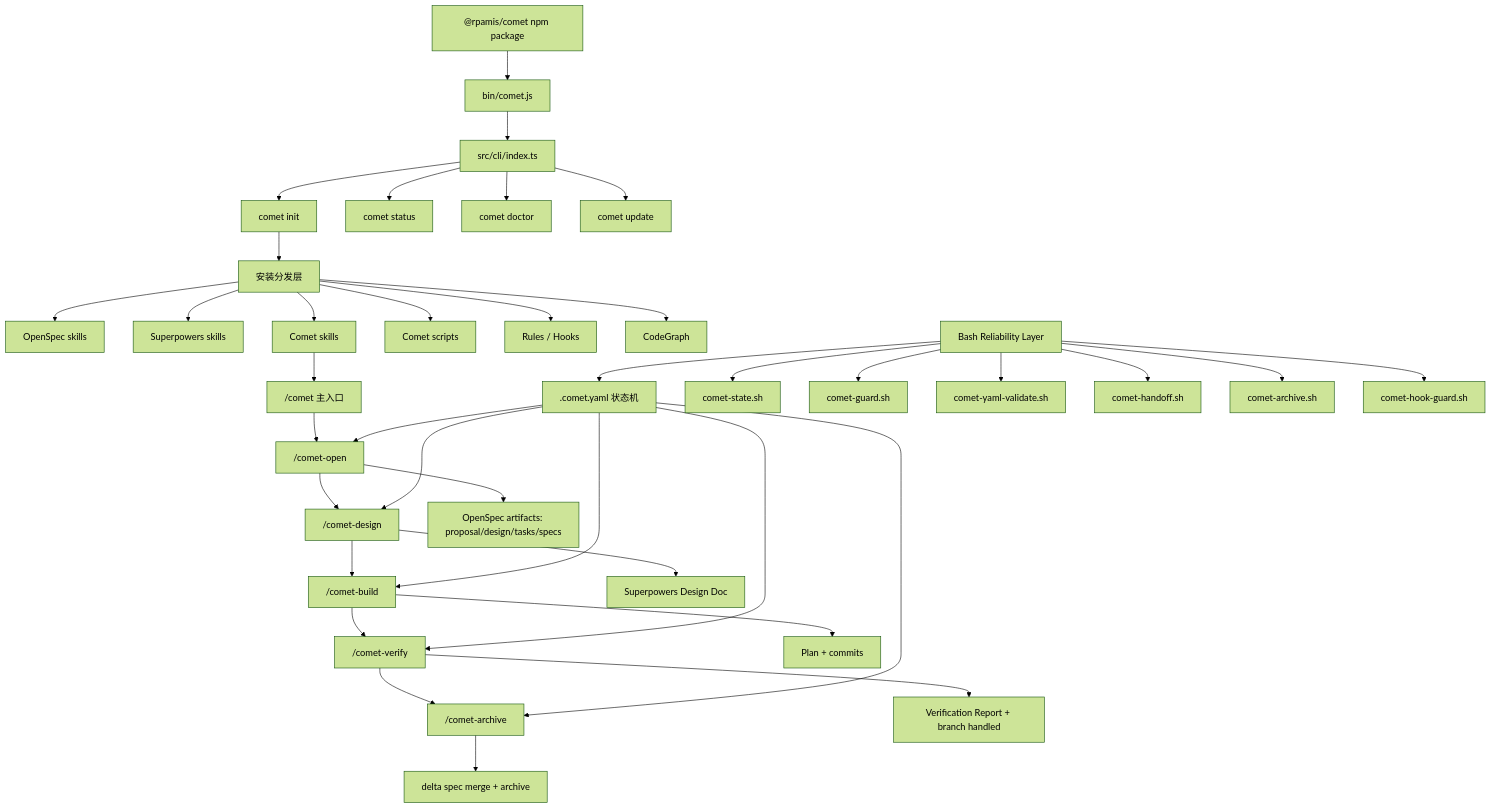
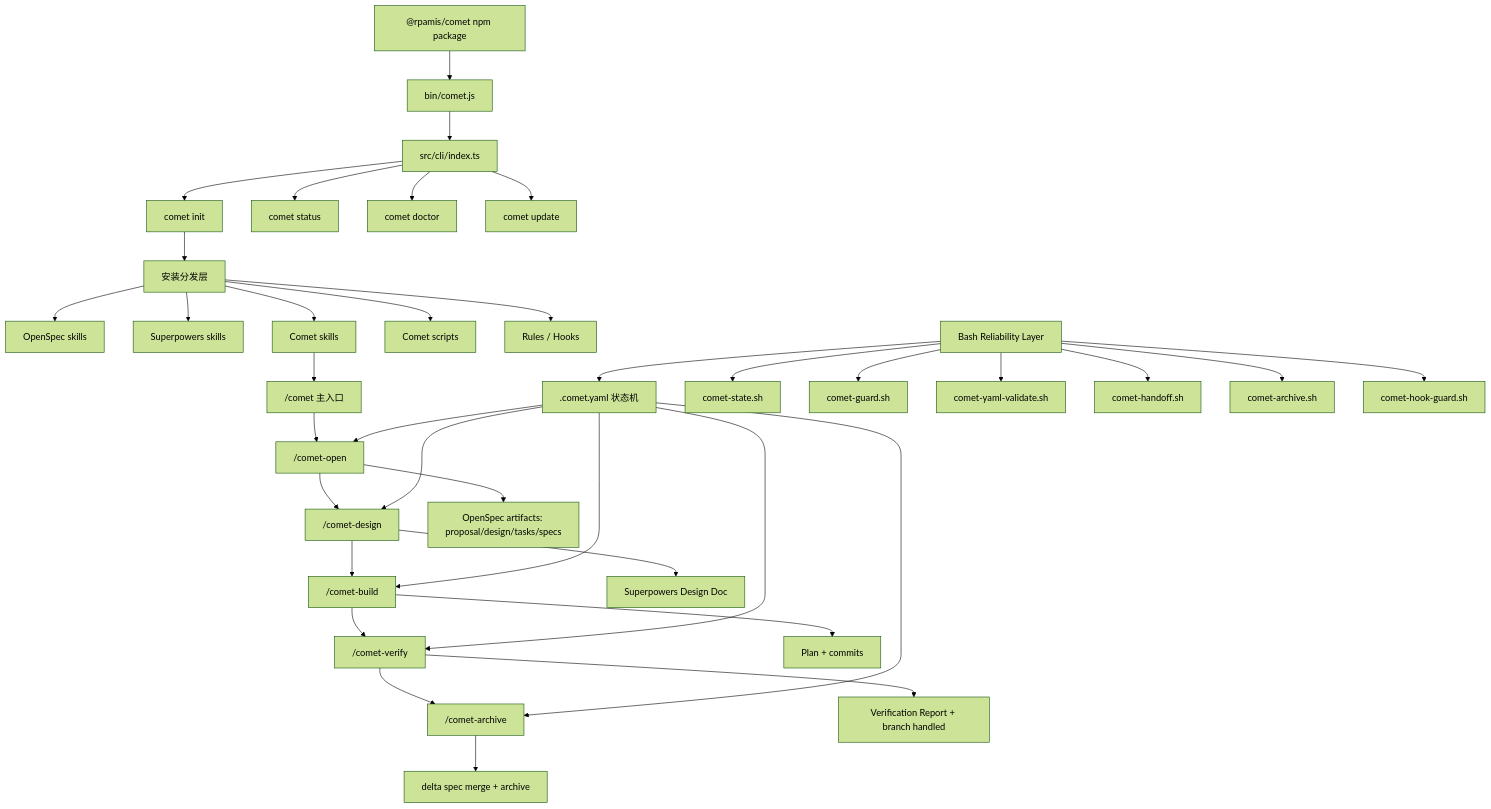
The first of 2 diagrams in docs/research/comet-agent-handoff.md (liuli195/my-agent-skills), drawn with Mermaid (forest theme) before and after one commit. The commit also changed other lines of this file and 1 other file, not shown here.

Commit message:
移除 CodeGraph 相关说明

````diff
--- a/docs/research/comet-agent-handoff.md
+++ b/docs/research/comet-agent-handoff.md
@@ -72,44 +72,42 @@
 ```mermaid
 flowchart TD
     A["@rpamis/comet npm package"] --> B["bin/comet.js"]
     B --> C["src/cli/index.ts"]
     C --> D1["comet init"]
     C --> D2["comet status"]
     C --> D3["comet doctor"]
     C --> D4["comet update"]
 
     D1 --> E["安装分发层"]
     E --> E1["OpenSpec skills"]
     E --> E2["Superpowers skills"]
     E --> E3["Comet skills"]
     E --> E4["Comet scripts"]
     E --> E5["Rules / Hooks"]
-    E --> E6["CodeGraph"]
-
     E3 --> F["/comet 主入口"]
     F --> G1["/comet-open"]
     G1 --> G2["/comet-design"]
     G2 --> G3["/comet-build"]
     G3 --> G4["/comet-verify"]
     G4 --> G5["/comet-archive"]
 
     G1 --> H1["OpenSpec artifacts: proposal/design/tasks/specs"]
     G2 --> H2["Superpowers Design Doc"]
     G3 --> H3["Plan + commits"]
     G4 --> H4["Verification Report + branch handled"]
     G5 --> H5["delta spec merge + archive"]
 
     I[".comet.yaml 状态机"] --> G1
     I --> G2
     I --> G3
     I --> G4
     I --> G5
 
     J["Bash Reliability Layer"] --> I
     J --> J1["comet-state.sh"]
     J --> J2["comet-guard.sh"]
     J --> J3["comet-yaml-validate.sh"]
     J --> J4["comet-handoff.sh"]
     J --> J5["comet-archive.sh"]
     J --> J6["comet-hook-guard.sh"]
 ```
````
